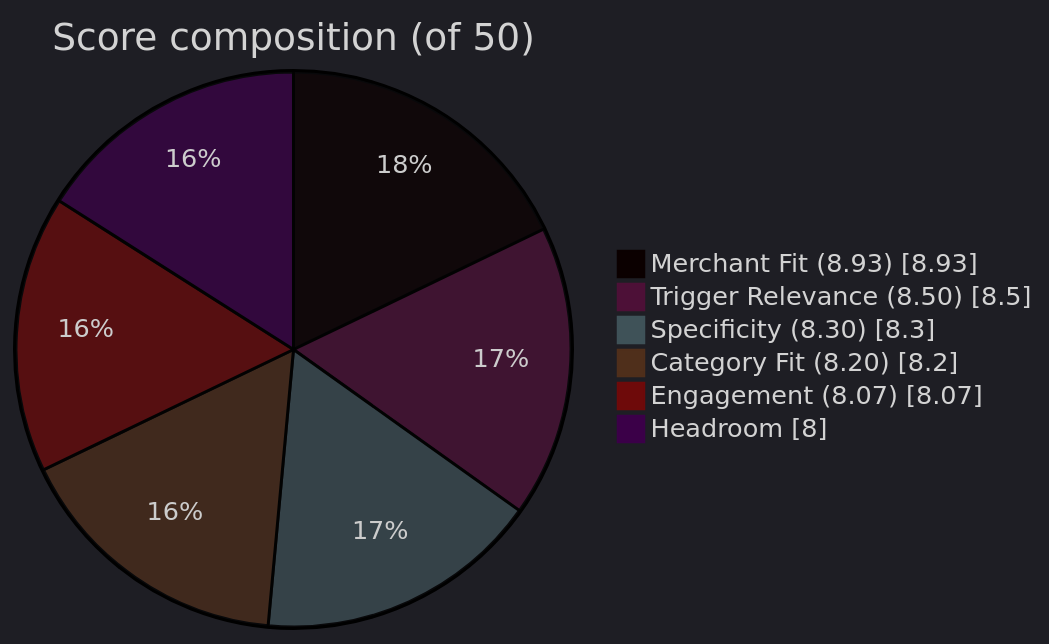
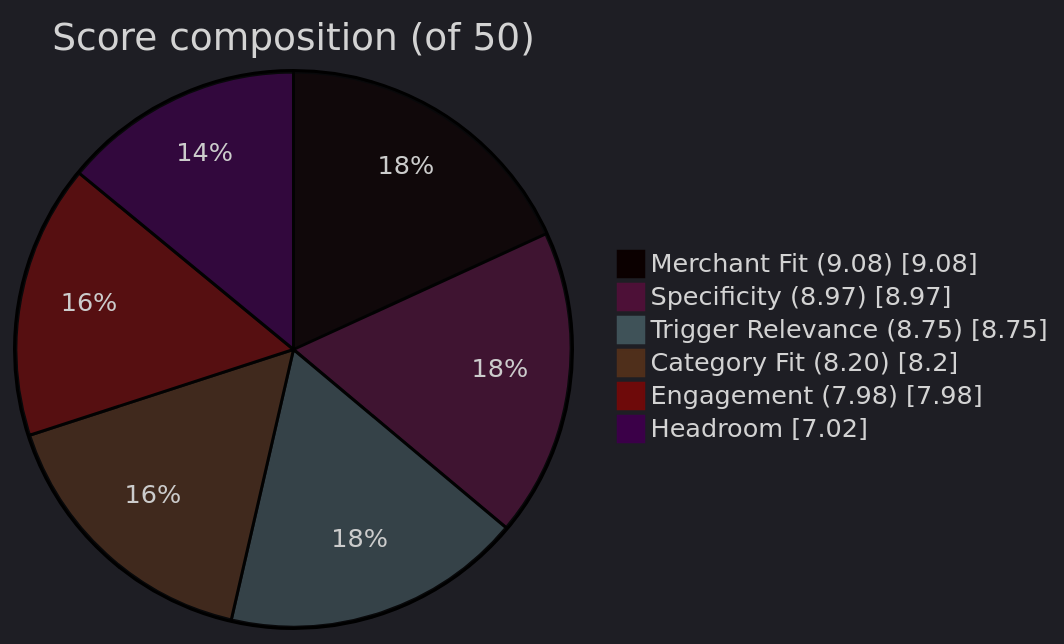
Before and after one commit to Exohubb/vera-ai-challenge: the sixth of 7 diagrams in README.md, drawn with Mermaid. The commit also changed other lines of this file and 2 other files, not shown here.

````diff
--- a/README.md
+++ b/README.md
@@ -401,11 +401,11 @@
 ```mermaid
 %%{init: {"theme": "dark"}}%%
 pie showData
     title Score composition (of 50)
-    "Merchant Fit (8.93)" : 8.93
-    "Trigger Relevance (8.50)" : 8.50
-    "Specificity (8.30)" : 8.30
+    "Merchant Fit (9.08)" : 9.08
+    "Specificity (8.97)" : 8.97
+    "Trigger Relevance (8.75)" : 8.75
     "Category Fit (8.20)" : 8.20
-    "Engagement (8.07)" : 8.07
-    "Headroom" : 8.00
+    "Engagement (7.98)" : 7.98
+    "Headroom" : 7.02
 ```
````
